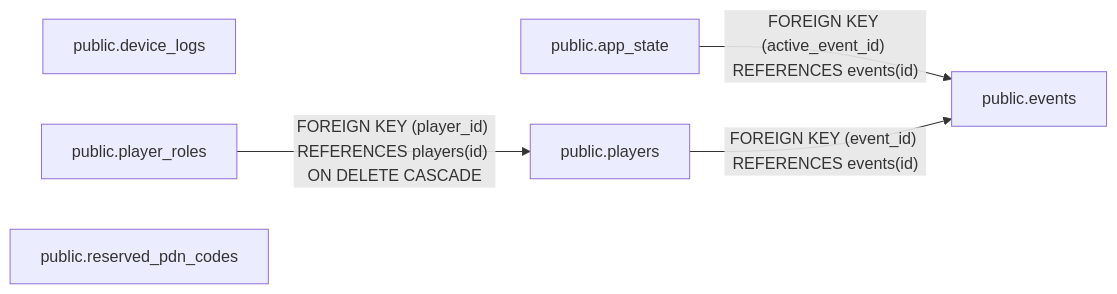
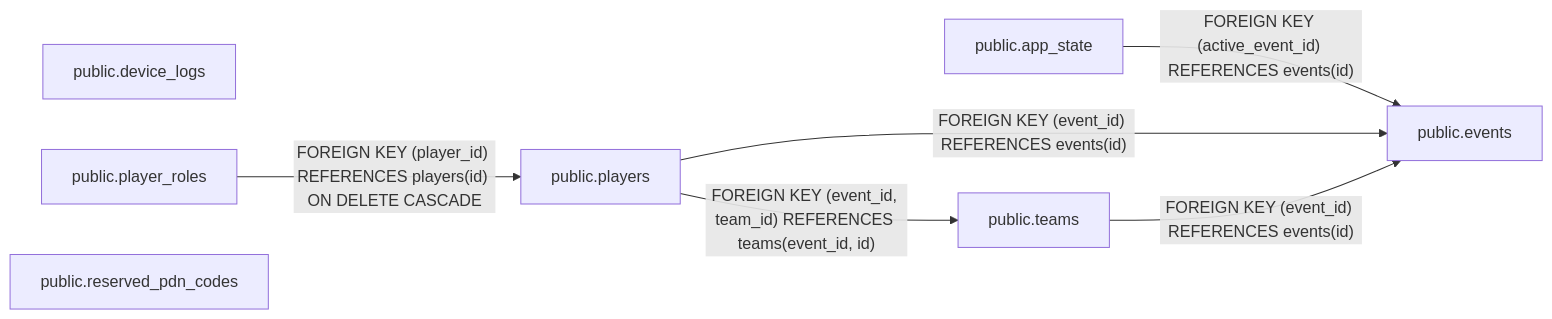
One commit to alleycatassetacquisitions/alleycat-rs changed the diagram in docs/database/README.md. Above: the diagram before and after it, drawn with Mermaid. The commit also changed other lines of this file and 16 other files, not shown here.

````diff
--- a/docs/database/README.md
+++ b/docs/database/README.md
@@ -11,12 +11,15 @@
 ```mermaid
 flowchart LR
     t0["public.app_state"]
     t1["public.device_logs"]
     t2["public.events"]
     t3["public.player_roles"]
     t4["public.players"]
     t5["public.reserved_pdn_codes"]
+    t6["public.teams"]
     t0 -->|"FOREIGN KEY (active_event_id) REFERENCES events(id)"| t2
     t3 -->|"FOREIGN KEY (player_id) REFERENCES players(id) ON DELETE CASCADE"| t4
     t4 -->|"FOREIGN KEY (event_id) REFERENCES events(id)"| t2
+    t4 -->|"FOREIGN KEY (event_id, team_id) REFERENCES teams(event_id, id)"| t6
+    t6 -->|"FOREIGN KEY (event_id) REFERENCES events(id)"| t2
 ```
````
